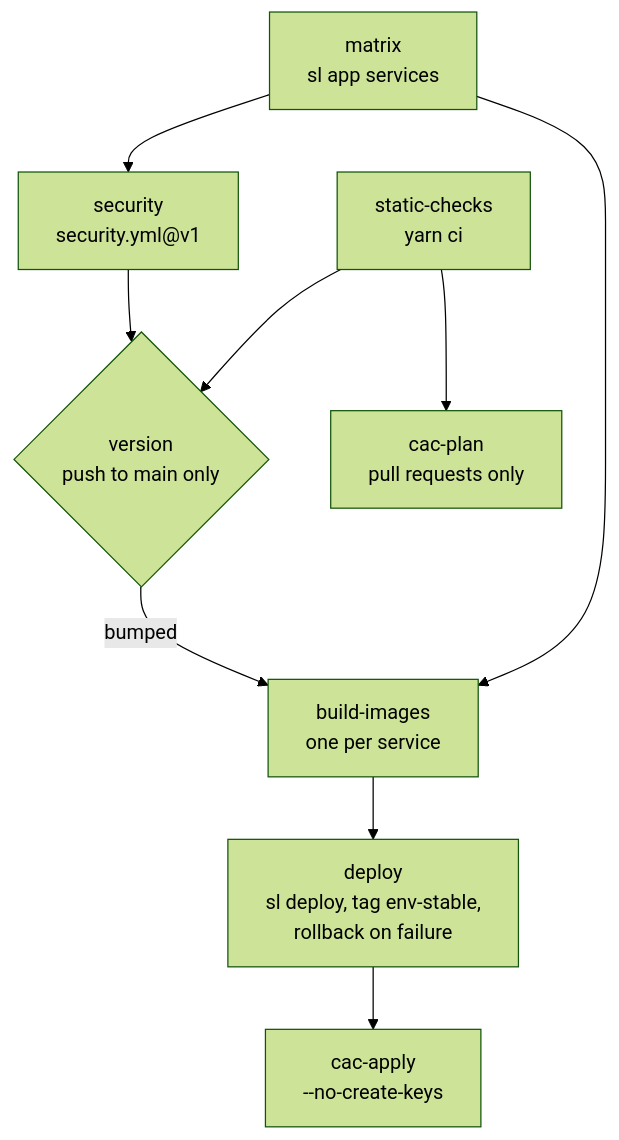
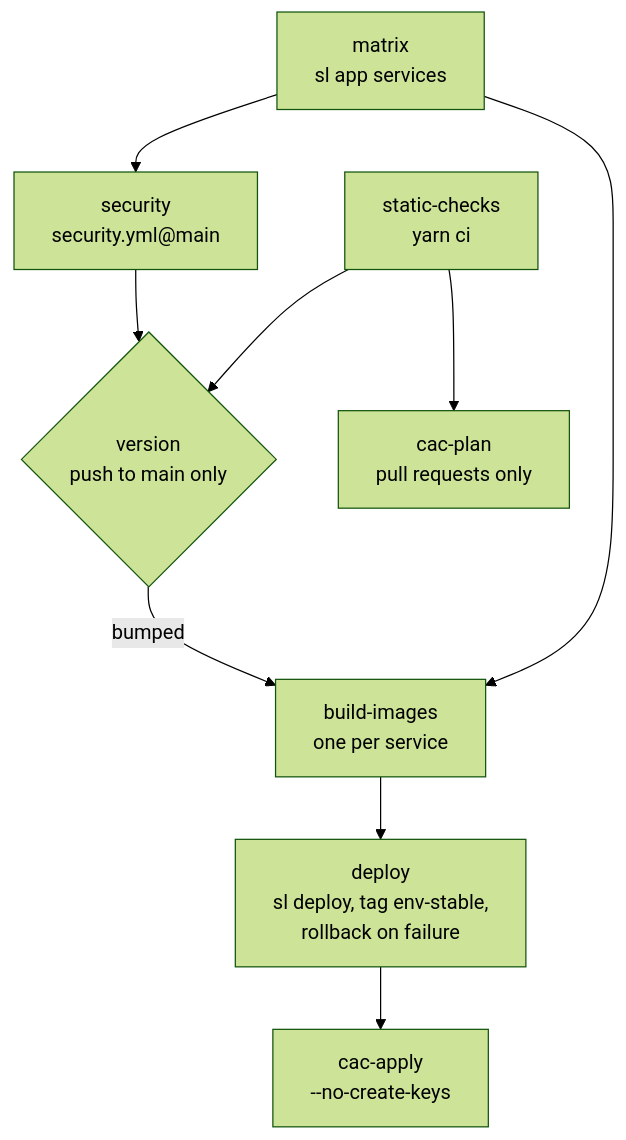
One commit to skylabs-digital/.github changed the diagram in docs/public/app-release.md. Above: the diagram before and after it, drawn with Mermaid (forest theme). The commit also changed other lines of this file and 8 other files, not shown here.

First line of the commit message:
ci(security): consume security.yml at @main, like every other reusable (#54)

````diff
--- a/docs/public/app-release.md
+++ b/docs/public/app-release.md
@@ -15,11 +15,11 @@
 ```mermaid
 flowchart TD
-    MX["matrix<br/>sl app services"] --> SEC["security<br/>security.yml@v1"]
+    MX["matrix<br/>sl app services"] --> SEC["security<br/>security.yml@main"]
     SC["static-checks<br/>yarn ci"] --> V
     SEC --> V{"version<br/>push to main only"}
     SC --> CP["cac-plan<br/>pull requests only"]
     V -->|"bumped"| B["build-images<br/>one per service"]
     MX --> B
     B --> D["deploy<br/>sl deploy, tag env-stable,<br/>rollback on failure"]
     D --> CA["cac-apply<br/>--no-create-keys"]
 ```
````
